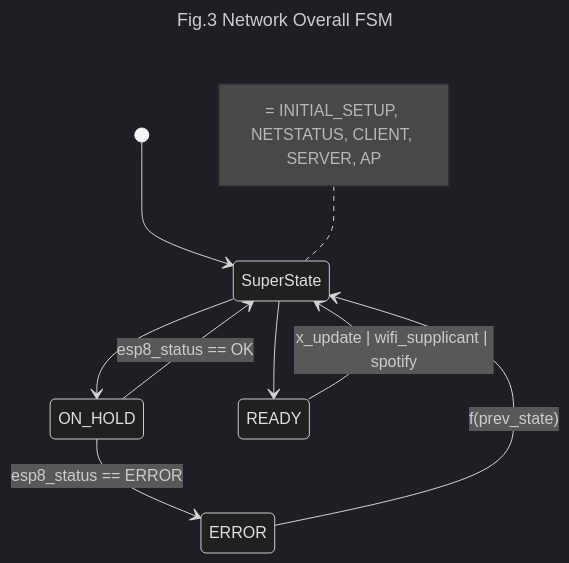
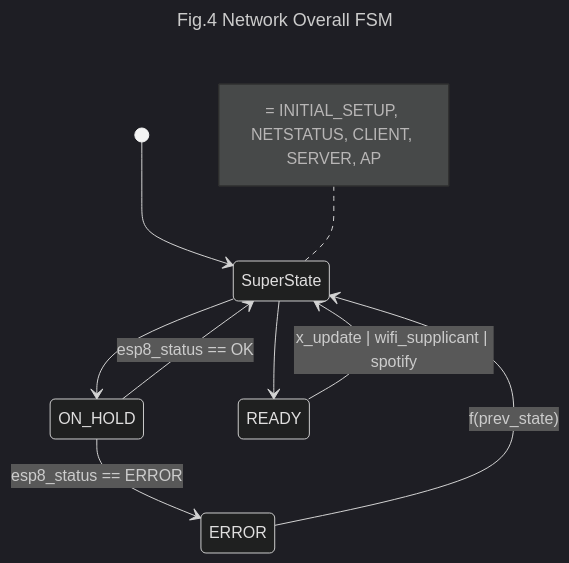
Before and after one commit to ckevar/ErikaOS-OnlineWeatherStation: the second of 2 diagrams in README.md, drawn with Mermaid (dark theme). The commit also changed other lines of this file, not shown here.

````diff
--- a/README.md
+++ b/README.md
@@ -209,16 +224,16 @@
 ```mermaid
 ---
-title: Fig.3 Network Overall FSM
+title: Fig.4 Network Overall FSM
 ---
 stateDiagram-v2 
 
 [*] --> SuperState
 SuperState --> ON_HOLD
 ON_HOLD --> SuperState : esp8_status == OK
 ON_HOLD --> ERROR : esp8_status == ERROR
 ERROR --> SuperState : f(prev_state)
 SuperState --> READY : 
 READY --> SuperState : x_update | wifi_supplicant | spotify
 note left of SuperState : = INITIAL_SETUP, NETSTATUS, CLIENT, SERVER, AP
 
 ```
````
